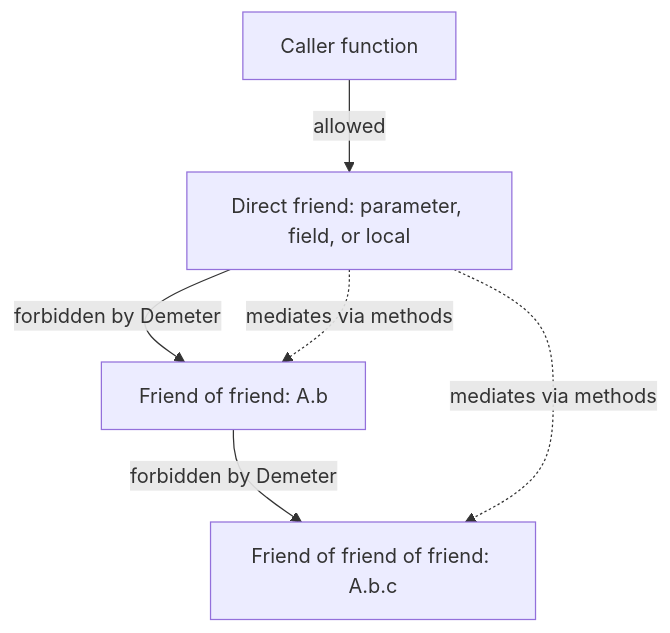
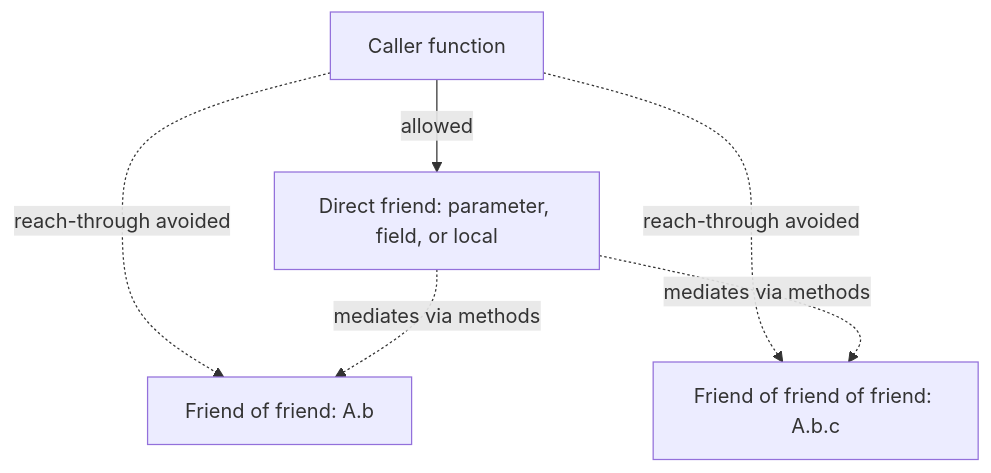
One commit to swarnsingh/android-staff-engineer-playbook-website changed the diagram in principles/least-knowledge.md. Above: the diagram before and after it, drawn with Mermaid. The commit also changed other lines of this file and 43 other files, not shown here.

````diff
--- a/principles/least-knowledge.md
+++ b/principles/least-knowledge.md
@@ -193,14 +195,14 @@
 ```mermaid
 flowchart TB
     Caller["Caller function"]
     A["Direct friend: parameter, field, or local"]
     B["Friend of friend: A.b"]
     C["Friend of friend of friend: A.b.c"]
 
     Caller -->|allowed| A
-    A -->|forbidden by Demeter| B
-    B -->|forbidden by Demeter| C
+    Caller -.->|reach-through avoided| B
+    Caller -.->|reach-through avoided| C
 
     A -.->|mediates via methods| B
     A -.->|mediates via methods| C
 ```
````
